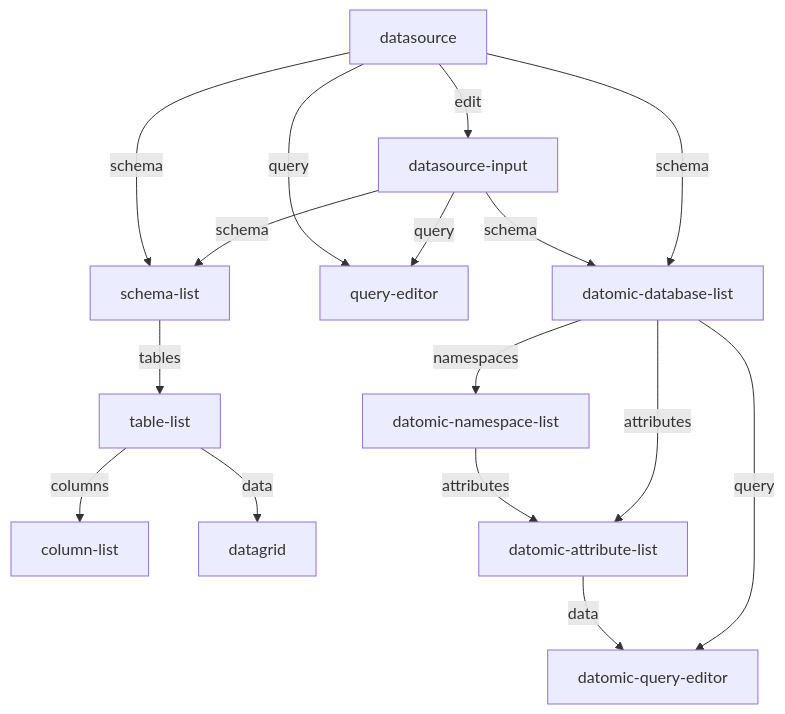
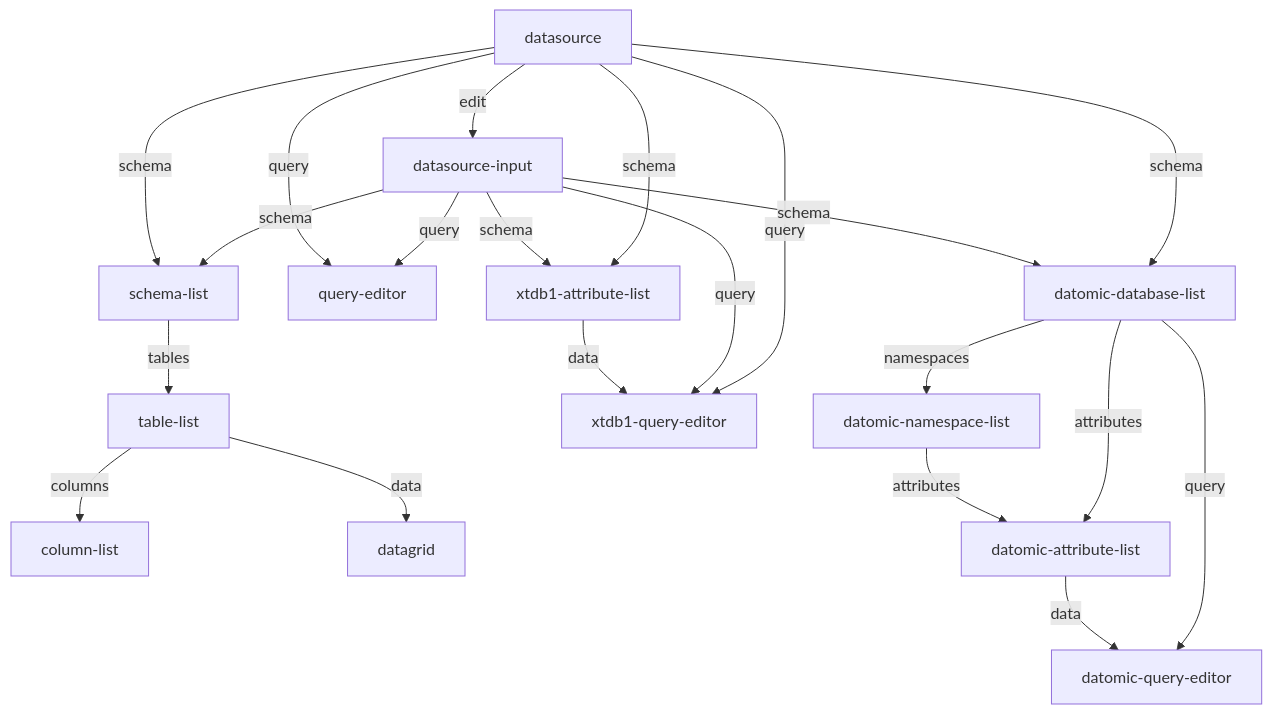
One commit to dundalek/daba changed the diagram in doc/viewers.md. Above: the diagram before and after it, drawn with Mermaid. The commit also changed 9 other files, not shown here.

````diff
--- a/doc/viewers.md
+++ b/doc/viewers.md
@@ -4,18 +4,25 @@
 ```mermaid
 flowchart TB
   datasource -- edit --> datasource-input
   datasource-input -- schema --> schema-list
   datasource-input -- query --> query-editor
   datasource -- schema --> schema-list
   datasource -- query --> query-editor
   schema-list -- tables --> table-list
   table-list -- columns --> column-list
   table-list -- data --> datagrid
+
+  datasource -- schema --> xtdb1-attribute-list
+  datasource-input -- schema --> xtdb1-attribute-list
+  datasource -- query --> xtdb1-query-editor
+  datasource-input -- query --> xtdb1-query-editor
+  xtdb1-attribute-list -- data --> xtdb1-query-editor
+
   datasource -- schema --> datomic-database-list
   datasource-input -- schema --> datomic-database-list
   datomic-database-list -- namespaces --> datomic-namespace-list
   datomic-database-list -- attributes --> datomic-attribute-list
   datomic-database-list -- query --> datomic-query-editor
   datomic-attribute-list -- data --> datomic-query-editor
   datomic-namespace-list -- attributes --> datomic-attribute-list
 ```
````
